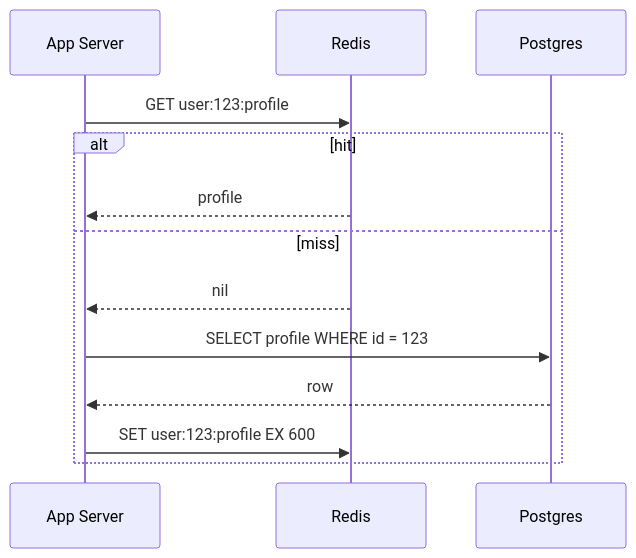
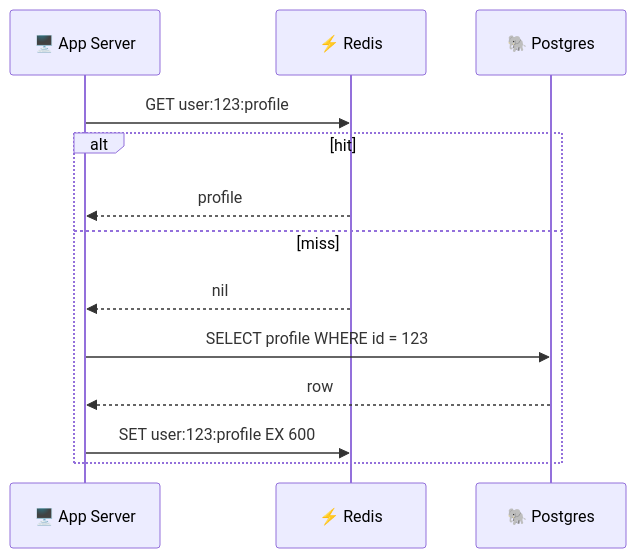
One commit to visheshkodwani/HLD changed the fifth of 13 diagrams in hello-interview/core-concepts/caching.md. Above: the diagram before and after it, drawn with Mermaid. The commit also changed other lines of this file and 7 other files, not shown here.

First line of the commit message:
Give HLD its own Ember theme, richer diagrams, sidebar sections

````diff
--- a/hello-interview/core-concepts/caching.md
+++ b/hello-interview/core-concepts/caching.md
@@ -222,15 +222,15 @@
 ```mermaid
 sequenceDiagram
-    participant A as App Server
-    participant C as Redis
-    participant D as Postgres
+    participant A as 🖥️ App Server
+    participant C as ⚡ Redis
+    participant D as 🐘 Postgres
     A->>C: GET user:123:profile
     alt hit
         C-->>A: profile
     else miss
         C-->>A: nil
         A->>D: SELECT profile WHERE id = 123
         D-->>A: row
         A->>C: SET user:123:profile EX 600
     end
 ```
````
